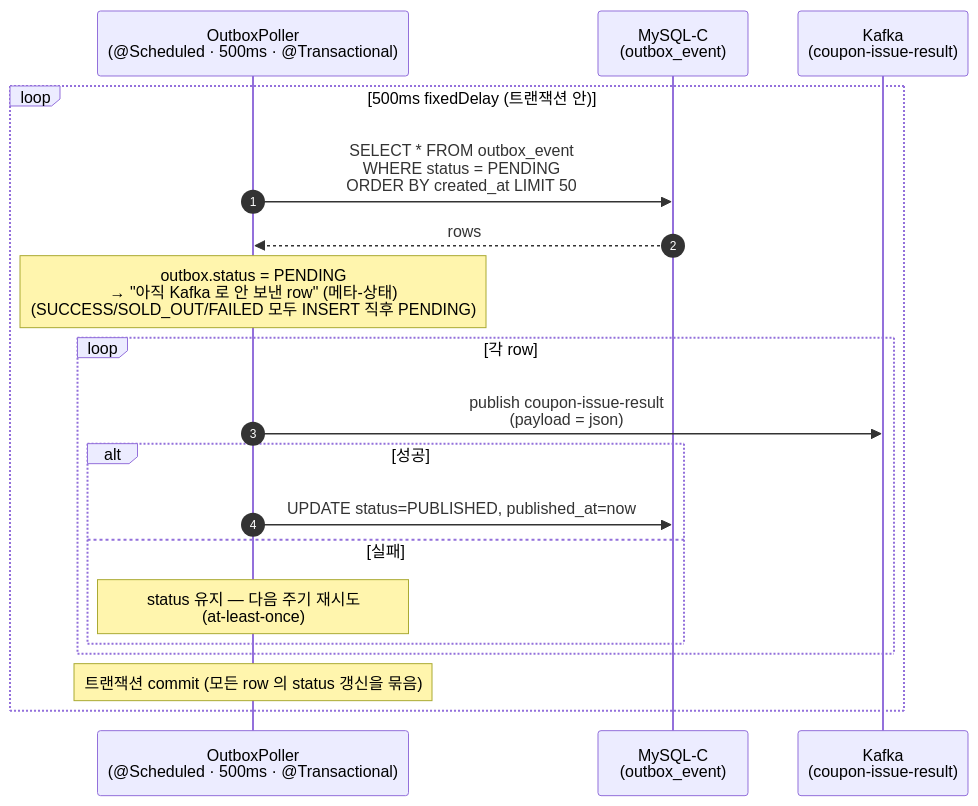
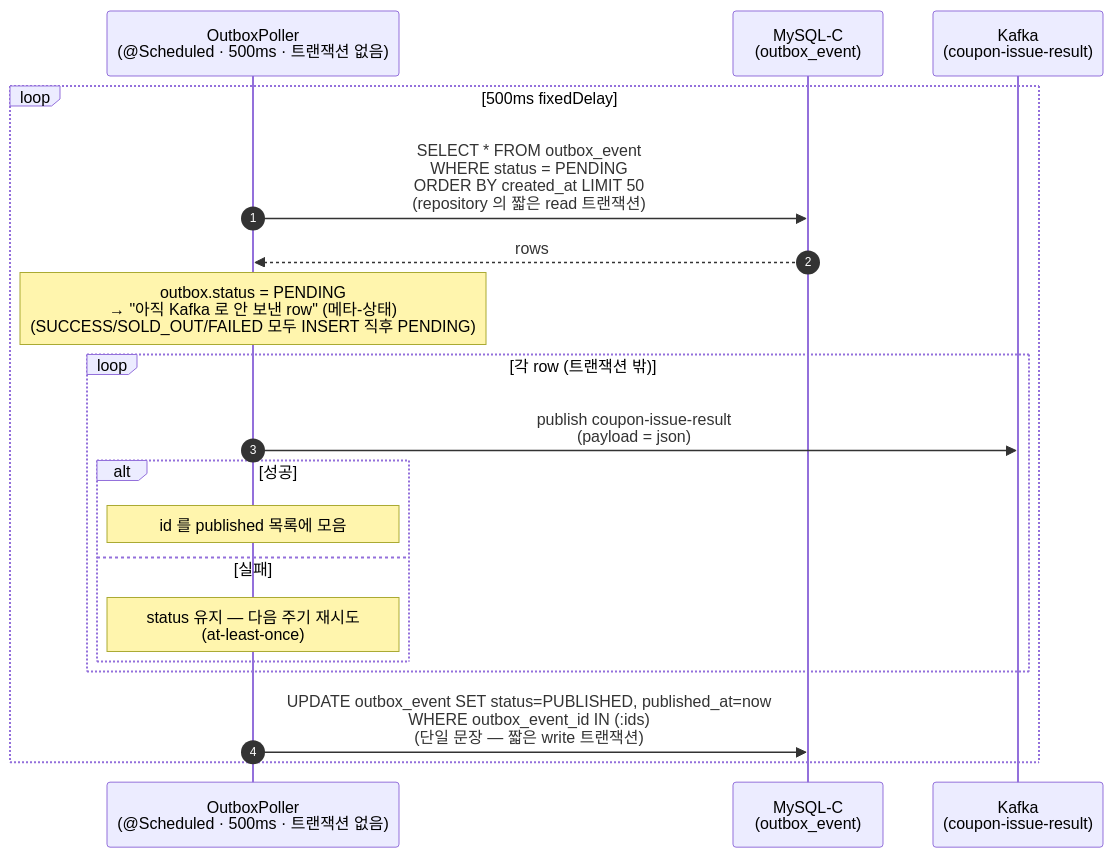
The sixth of 6 diagrams in docs/design/diagram-sequence.md (rivkode/coupon), drawn with Mermaid before and after one commit. The commit also changed other lines of this file and 17 other files, not shown here.

````diff
--- a/docs/design/diagram-sequence.md
+++ b/docs/design/diagram-sequence.md
@@ -262,24 +264,25 @@
 ```mermaid
 sequenceDiagram
     autonumber
-    participant Poll as OutboxPoller<br/>(@Scheduled · 500ms · @Transactional)
+    participant Poll as OutboxPoller<br/>(@Scheduled · 500ms · 트랜잭션 없음)
     participant DBC as MySQL-C<br/>(outbox_event)
     participant K as Kafka<br/>(coupon-issue-result)
 
-    loop 500ms fixedDelay (트랜잭션 안)
-        Poll->>DBC: SELECT * FROM outbox_event<br/>WHERE status = PENDING<br/>ORDER BY created_at LIMIT 50
+    loop 500ms fixedDelay
+        Poll->>DBC: SELECT * FROM outbox_event<br/>WHERE status = PENDING<br/>ORDER BY created_at LIMIT 50<br/>(repository 의 짧은 read 트랜잭션)
         DBC-->>Poll: rows
 
         Note over Poll: outbox.status = PENDING<br/>→ "아직 Kafka 로 안 보낸 row" (메타-상태)<br/>(SUCCESS/SOLD_OUT/FAILED 모두 INSERT 직후 PENDING)
 
-        loop 각 row
+        loop 각 row (트랜잭션 밖)
             Poll->>K: publish coupon-issue-result<br/>(payload = json)
             alt 성공
-                Poll->>DBC: UPDATE status=PUBLISHED, published_at=now
+                Note over Poll: id 를 published 목록에 모음
             else 실패
                 Note over Poll: status 유지 — 다음 주기 재시도<br/>(at-least-once)
             end
         end
-        Note over Poll: 트랜잭션 commit (모든 row 의 status 갱신을 묶음)
+
+        Poll->>DBC: UPDATE outbox_event SET status=PUBLISHED, published_at=now<br/>WHERE outbox_event_id IN (:ids)<br/>(단일 문장 — 짧은 write 트랜잭션)
     end
 ```
````
